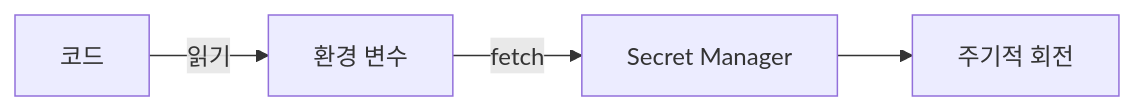
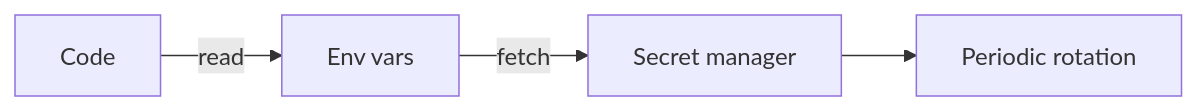
Before and after one commit to yeongseon-books/book-content: the diagram in content/secure-coding-101/ko/06-secret-and-key-management.md, drawn with Mermaid. The commit also changed other lines of this file and 9 other files, not shown here.

````diff
--- a/content/secure-coding-101/ko/06-secret-and-key-management.md
+++ b/content/secure-coding-101/ko/06-secret-and-key-management.md
@@ -35,6 +49,6 @@
 ```mermaid
 flowchart LR
-    Code["코드"] -->|읽기| Env["환경 변수"]
-    Env -->|fetch| Vault["Secret Manager"]
-    Vault --> Rotate["주기적 회전"]
+    Code["Code"] -->|read| Env["Env vars"]
+    Env -->|fetch| Vault["Secret manager"]
+    Vault --> Rotate["Periodic rotation"]
 ```
````
